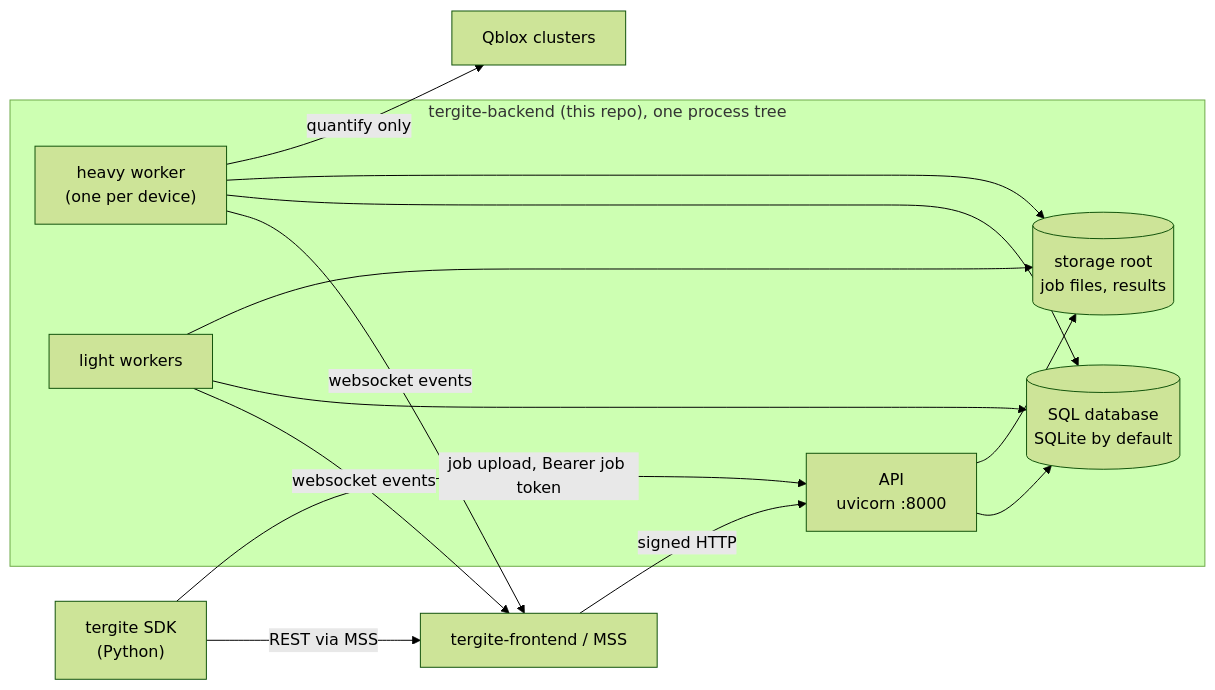
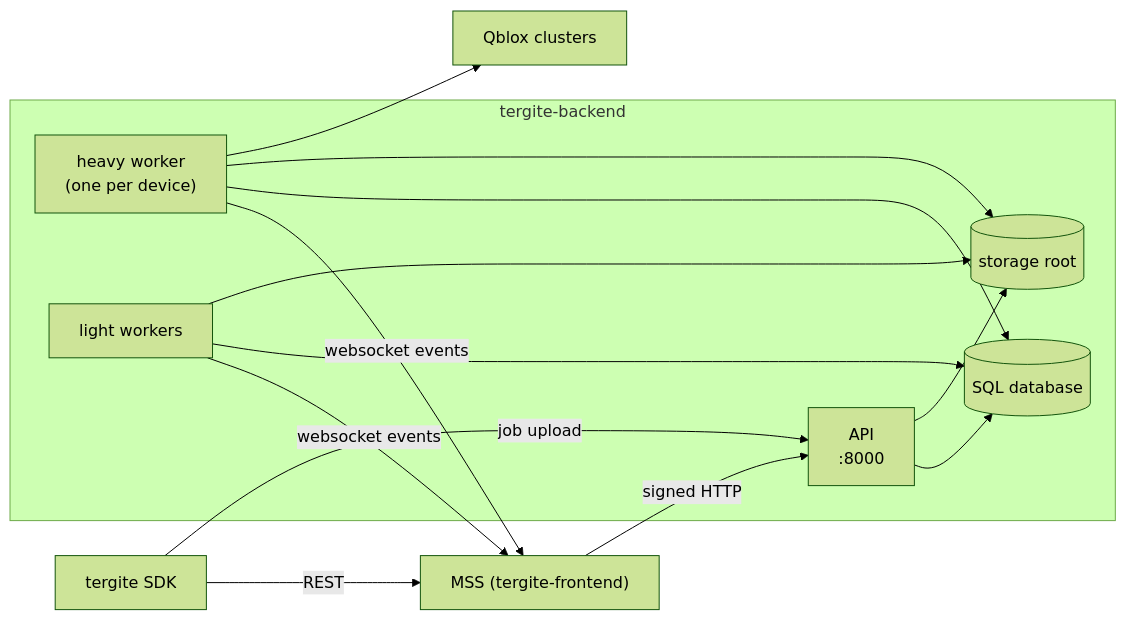
One commit to tergite/tergite-backend changed the first of 2 diagrams in DESIGN.md. Above: the diagram before and after it, drawn with Mermaid (forest theme). The commit also changed other lines of this file and 9 other files, not shown here.

````diff
--- a/DESIGN.md
+++ b/DESIGN.md
@@ -34,28 +24,28 @@
 ```mermaid
 flowchart LR
-    SDK["tergite SDK<br/>(Python)"]
-    MSS["tergite-frontend / MSS"]
+    SDK["tergite SDK"]
+    MSS["MSS (tergite-frontend)"]
 
-    subgraph backend ["tergite-backend (this repo), one process tree"]
-      API["API<br/>uvicorn :8000"]
+    subgraph backend ["tergite-backend"]
+      API["API<br/>:8000"]
       Heavy["heavy worker<br/>(one per device)"]
       Light["light workers"]
-      SQL[("SQL database<br/>SQLite by default")]
-      Files[("storage root<br/>job files, results")]
+      SQL[("SQL database")]
+      Files[("storage root")]
     end
 
     Cluster["Qblox clusters"]
 
-    SDK -->|"REST via MSS"| MSS
-    SDK -->|"job upload, Bearer job token"| API
+    SDK -->|"REST"| MSS
+    SDK -->|"job upload"| API
     MSS -->|"signed HTTP"| API
     Heavy -->|"websocket events"| MSS
     Light -->|"websocket events"| MSS
     API --> SQL
     Heavy --> SQL
     Light --> SQL
     API --> Files
     Heavy --> Files
     Light --> Files
-    Heavy -->|"quantify only"| Cluster
+    Heavy --> Cluster
 ```
````
